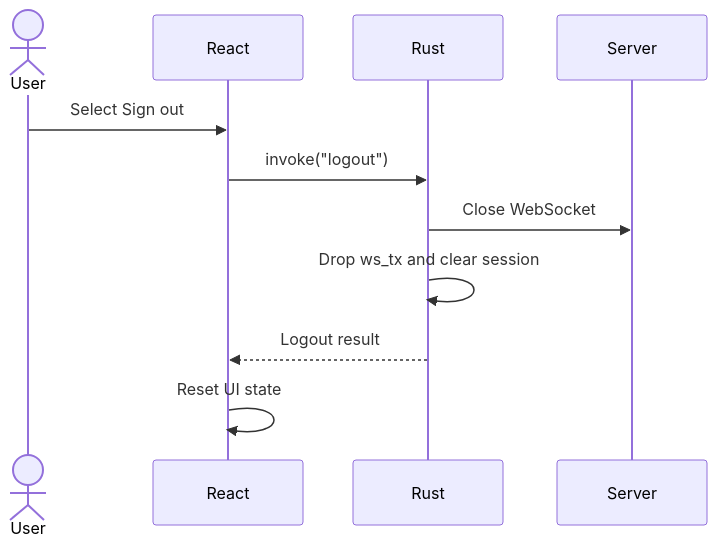
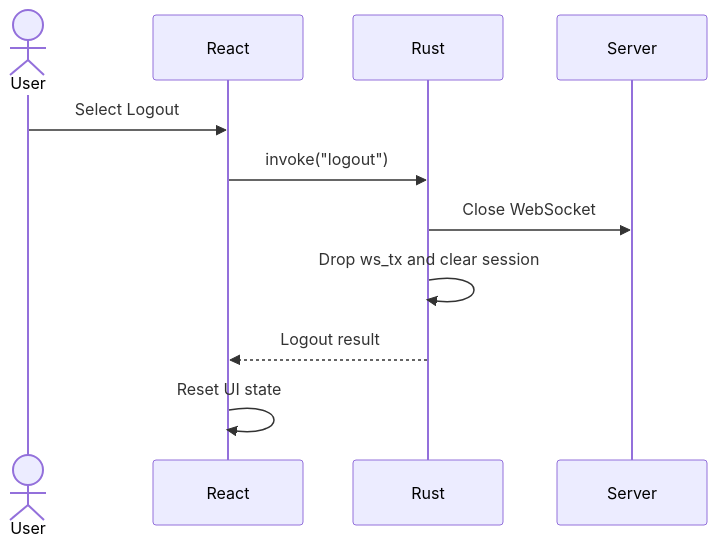
One commit to lenarrdo/GeoRuggine changed the fifth of 7 diagrams in georuggine-client/docs/technical-manual.md. Above: the diagram before and after it, drawn with Mermaid. The commit also changed other lines of this file and 13 other files, not shown here.

Commit message:
update terminology from "Sign out" to "Logout" and correct brand name to "GeoRuggine"; add new images and enhance user manual with coordinate upload steps

````diff
--- a/georuggine-client/docs/technical-manual.md
+++ b/georuggine-client/docs/technical-manual.md
@@ -454,14 +454,14 @@
 ```mermaid
 sequenceDiagram
     actor User
     participant React
     participant Rust
     participant Server
 
-    User->>React: Select Sign out
+    User->>React: Select Logout
     React->>Rust: invoke("logout")
     Rust->>Server: Close WebSocket
     Rust->>Rust: Drop ws_tx and clear session
     Rust-->>React: Logout result
     React->>React: Reset UI state
 ```
````
